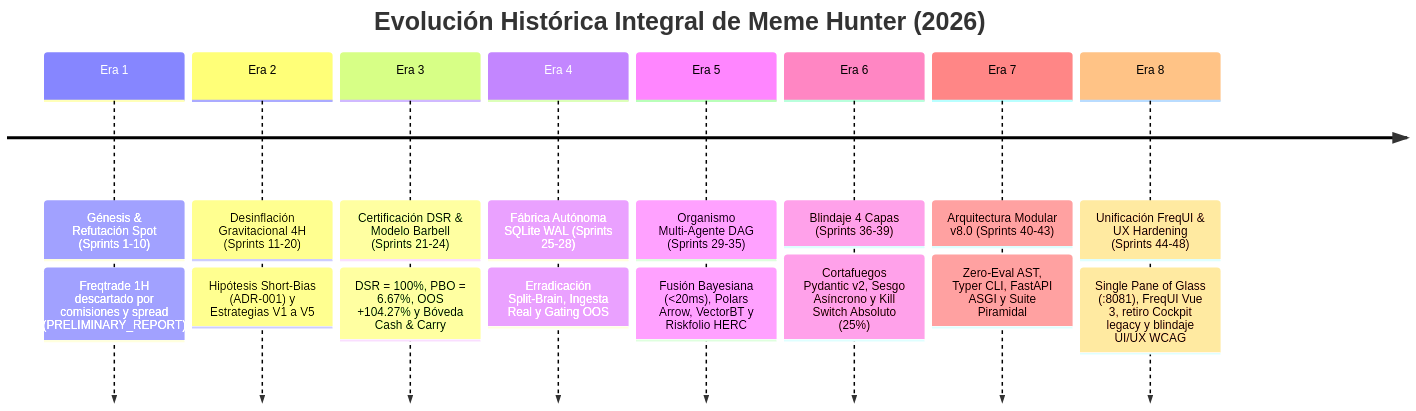
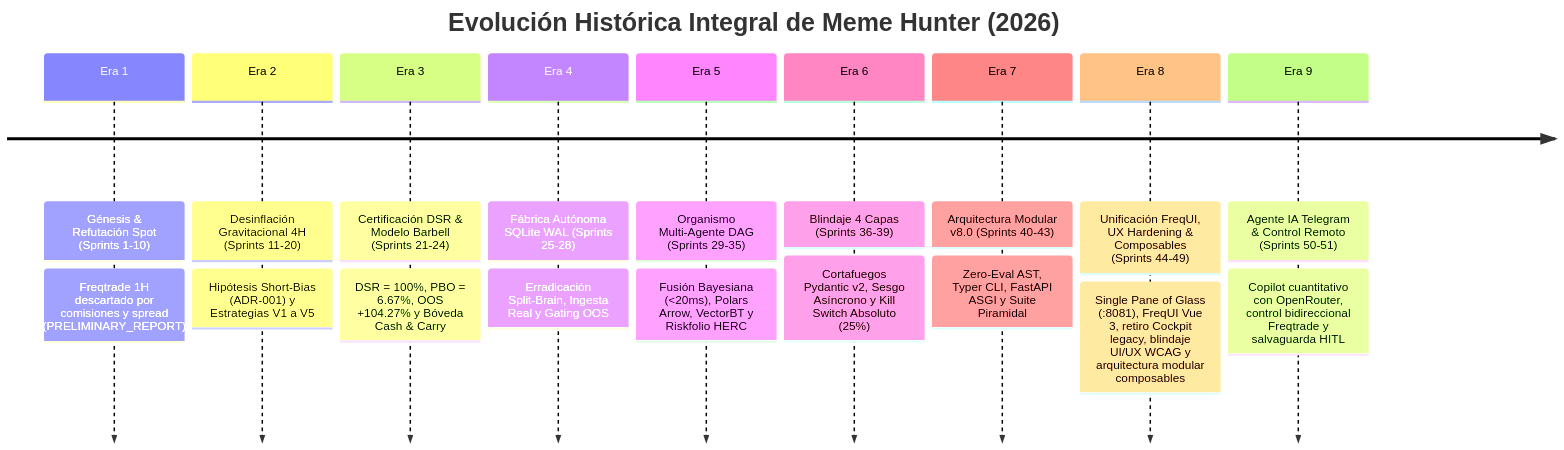
Before and after one commit to kalebCard/MemeHunter: the diagram in docs/history/INDEX_HISTORICO.md, drawn with Mermaid. The commit also changed other lines of this file and 20 other files, not shown here.

Commit message:
feat: implement telegram AI copilot service and cli ops scripts for remote control

````diff
--- a/docs/history/INDEX_HISTORICO.md
+++ b/docs/history/INDEX_HISTORICO.md
@@ -23,12 +23,13 @@
 ```mermaid
 timeline
     title Evolución Histórica Integral de Meme Hunter (2026)
     Era 1 : Génesis & Refutación Spot (Sprints 1-10) : Freqtrade 1H descartado por comisiones y spread (PRELIMINARY_REPORT)
     Era 2 : Desinflación Gravitacional 4H (Sprints 11-20) : Hipótesis Short-Bias (ADR-001) y Estrategias V1 a V5
     Era 3 : Certificación DSR & Modelo Barbell (Sprints 21-24) : DSR = 100%, PBO = 6.67%, OOS +104.27% y Bóveda Cash & Carry
     Era 4 : Fábrica Autónoma SQLite WAL (Sprints 25-28) : Erradicación Split-Brain, Ingesta Real y Gating OOS
     Era 5 : Organismo Multi-Agente DAG (Sprints 29-35) : Fusión Bayesiana (<20ms), Polars Arrow, VectorBT y Riskfolio HERC
     Era 6 : Blindaje 4 Capas (Sprints 36-39) : Cortafuegos Pydantic v2, Sesgo Asíncrono y Kill Switch Absoluto (25%)
     Era 7 : Arquitectura Modular v8.0 (Sprints 40-43) : Zero-Eval AST, Typer CLI, FastAPI ASGI y Suite Piramidal
-    Era 8 : Unificación FreqUI & UX Hardening (Sprints 44-48) : Single Pane of Glass (:8081), FreqUI Vue 3, retiro Cockpit legacy y blindaje UI/UX WCAG
+    Era 8 : Unificación FreqUI, UX Hardening & Composables (Sprints 44-49) : Single Pane of Glass (:8081), FreqUI Vue 3, retiro Cockpit legacy, blindaje UI/UX WCAG y arquitectura modular composables
+    Era 9 : Agente IA Telegram & Control Remoto (Sprints 50-51) : Copilot cuantitativo con OpenRouter, control bidireccional Freqtrade y salvaguarda HITL
 ```
````
